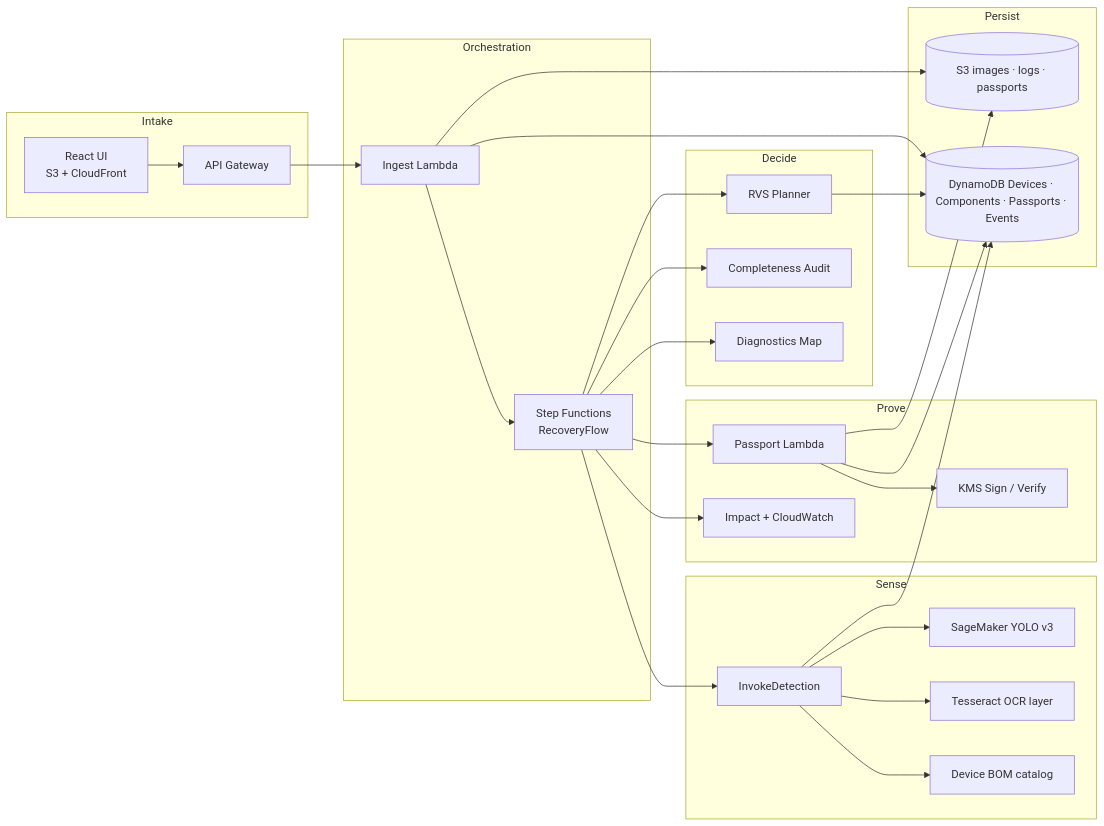
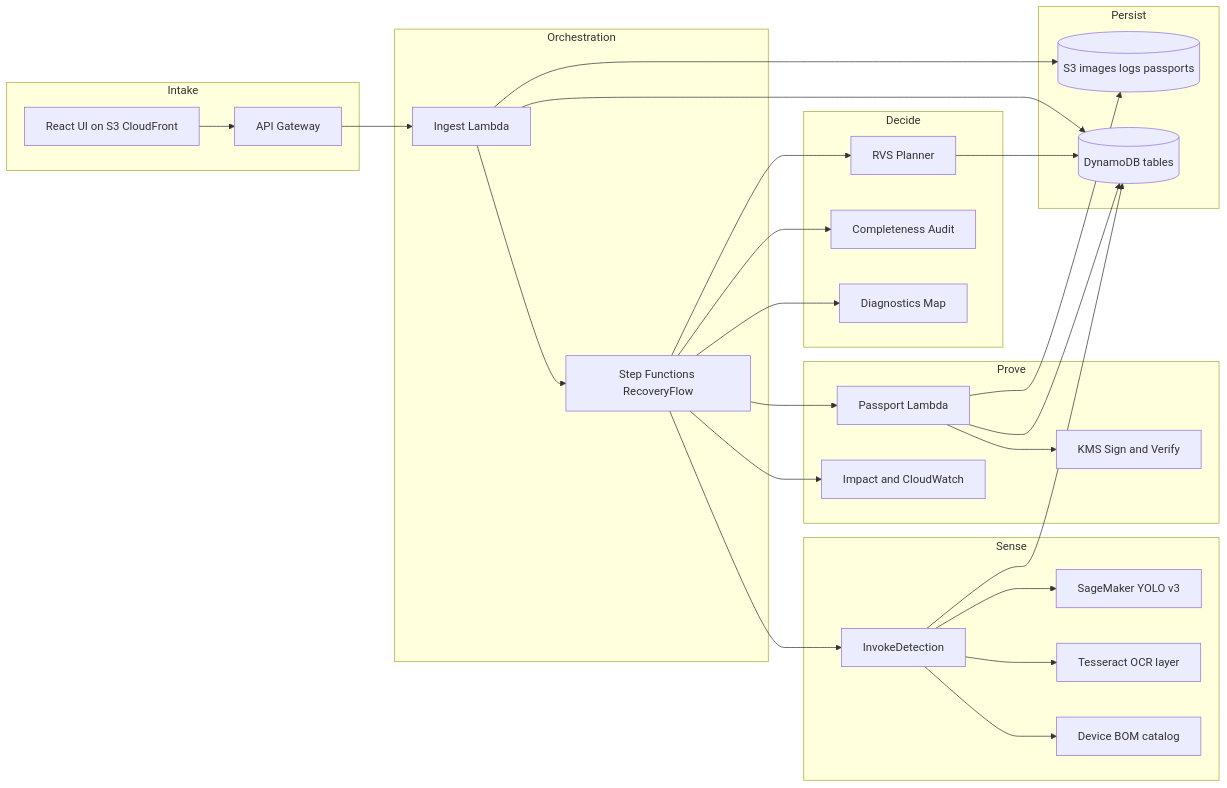
The first of 4 diagrams in README.md (mitra9917/ReGenesis), drawn with Mermaid before and after one commit. The commit also changed other lines of this file, not shown here.

First line of the commit message:
Fix README Mermaid diagrams for GitHub rendering.

````diff
--- a/README.md
+++ b/README.md
@@ -41,53 +41,53 @@
 ```mermaid
 flowchart LR
   subgraph Intake
-    UI[React UI<br/>S3 + CloudFront]
+    UI[React UI on S3 CloudFront]
     API[API Gateway]
   end
 
   subgraph Orchestration
     IN[Ingest Lambda]
-    SF[Step Functions<br/>RecoveryFlow]
+    SF[Step Functions RecoveryFlow]
   end
 
   subgraph Sense
     DET[InvokeDetection]
     SM[SageMaker YOLO v3]
     OCR[Tesseract OCR layer]
     CAT[Device BOM catalog]
   end
 
   subgraph Decide
     PLAN[RVS Planner]
     AUD[Completeness Audit]
     DIAG[Diagnostics Map]
   end
 
   subgraph Prove
     PASS[Passport Lambda]
-    KMS[KMS Sign / Verify]
-    IMPACT[Impact + CloudWatch]
+    KMS[KMS Sign and Verify]
+    IMPACT[Impact and CloudWatch]
   end
 
   subgraph Persist
-    S3[(S3 images · logs · passports)]
-    DDB[(DynamoDB Devices · Components · Passports · Events)]
+    S3[(S3 images logs passports)]
+    DDB[(DynamoDB tables)]
   end
 
   UI --> API --> IN --> SF
   SF --> DET
   DET --> SM
   DET --> OCR
   DET --> CAT
   SF --> AUD
   SF --> PLAN
   SF --> DIAG
   SF --> PASS --> KMS
   SF --> IMPACT
   IN --> S3
   IN --> DDB
   PASS --> S3
   PASS --> DDB
   DET --> DDB
   PLAN --> DDB
 ```
````
